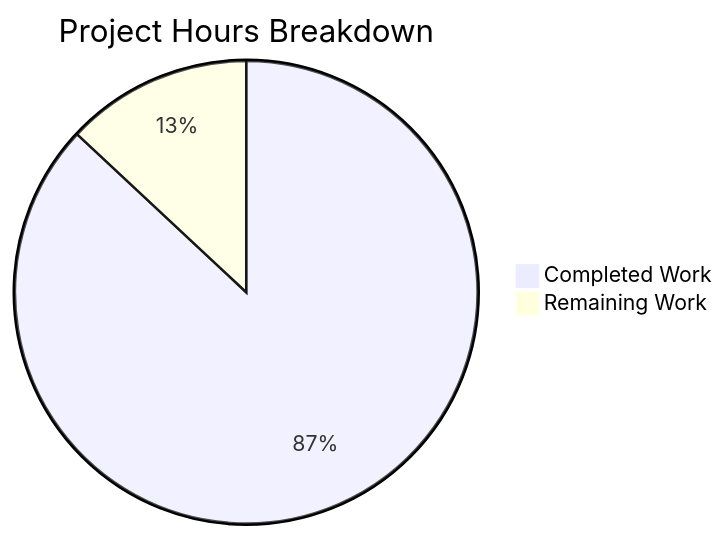
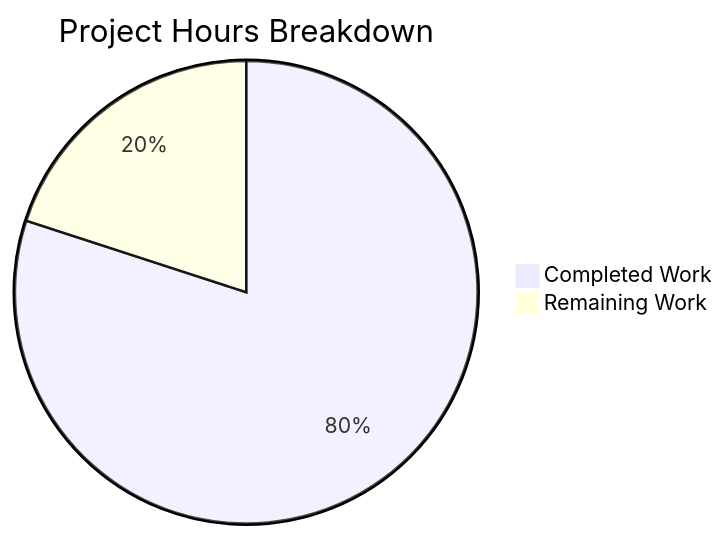
One commit to Blitzy-Sandbox/blitzy-formbricks changed the second of 2 diagrams in blitzy/documentation/Project Guide.md. Above: the diagram before and after it, drawn with Mermaid. The commit also changed other lines of this file, not shown here.

Commit message:
Adding Blitzy Project Guide: Project Status and Human Tasks Remaining

````diff
--- a/blitzy/documentation/Project Guide.md
+++ b/blitzy/documentation/Project Guide.md
@@ -240,5 +180,5 @@
 ```mermaid
 pie title Project Hours Breakdown
-    "Completed Work" : 120
-    "Remaining Work" : 18
+    "Completed Work" : 12
+    "Remaining Work" : 3
 ```
````
